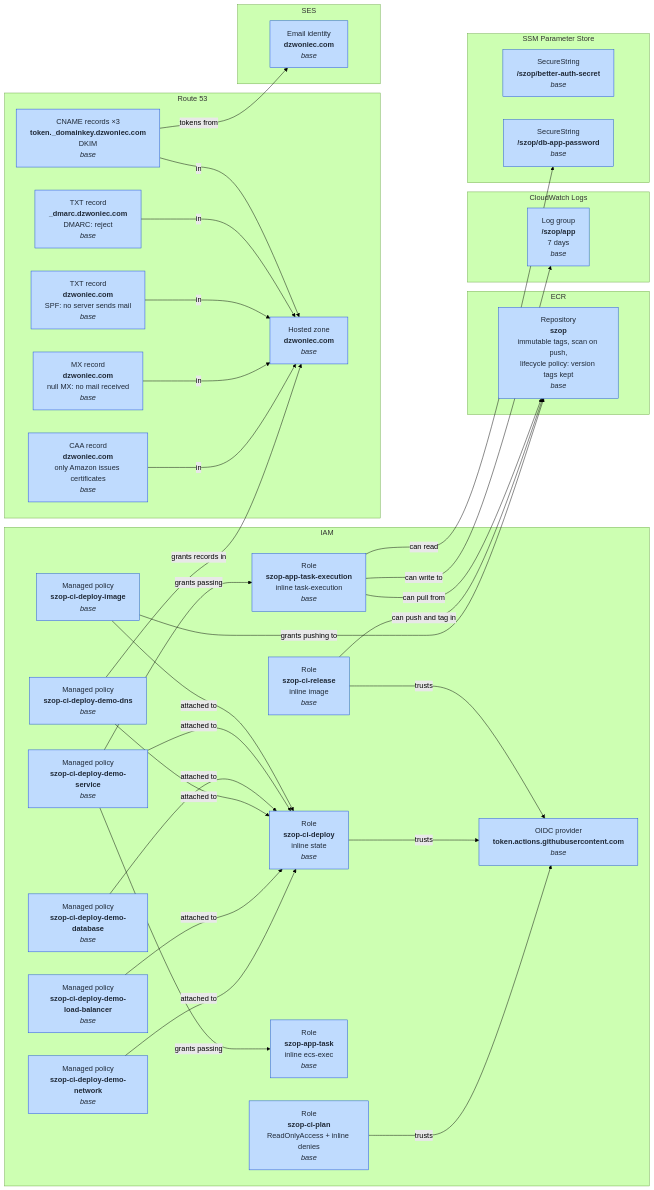
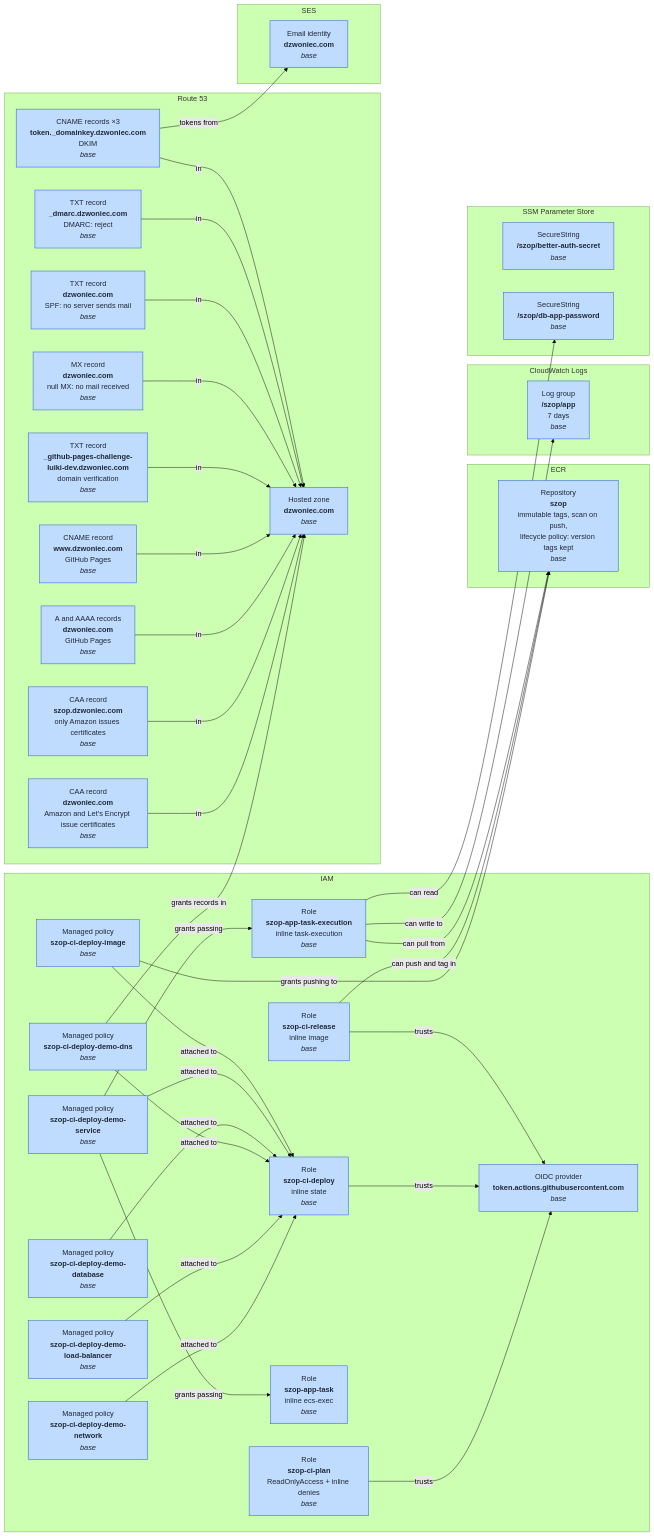
One commit to luiki-dev/szop changed the second of 4 diagrams in docs/architecture/aws-resources.md. Above: the diagram before and after it, drawn with Mermaid (forest theme). The commit also changed other lines of this file and 4 other files, not shown here.

First line of the commit message:
feat(infra): add GitHub Pages records and CAA for dzwoniec.com

````diff
--- a/docs/architecture/aws-resources.md
+++ b/docs/architecture/aws-resources.md
@@ -69,71 +69,79 @@
 ```mermaid
 flowchart LR
     subgraph iam["IAM"]
         oidc["OIDC provider<br/><b>token.actions.githubusercontent.com</b><br/><i>base</i>"]
         ciPlan["Role<br/><b>szop-ci-plan</b><br/>ReadOnlyAccess + inline denies<br/><i>base</i>"]
         ciDeploy["Role<br/><b>szop-ci-deploy</b><br/>inline state<br/><i>base</i>"]
         polNetwork["Managed policy<br/><b>szop-ci-deploy-demo-network</b><br/><i>base</i>"]
         polLb["Managed policy<br/><b>szop-ci-deploy-demo-load-balancer</b><br/><i>base</i>"]
         polDns["Managed policy<br/><b>szop-ci-deploy-demo-dns</b><br/><i>base</i>"]
         polDb["Managed policy<br/><b>szop-ci-deploy-demo-database</b><br/><i>base</i>"]
         polService["Managed policy<br/><b>szop-ci-deploy-demo-service</b><br/><i>base</i>"]
         polImage["Managed policy<br/><b>szop-ci-deploy-image</b><br/><i>base</i>"]
         ciRelease["Role<br/><b>szop-ci-release</b><br/>inline image<br/><i>base</i>"]
         execRole["Role<br/><b>szop-app-task-execution</b><br/>inline task-execution<br/><i>base</i>"]
         taskRole["Role<br/><b>szop-app-task</b><br/>inline ecs-exec<br/><i>base</i>"]
     end
 
     subgraph route53["Route 53"]
         zone["Hosted zone<br/><b>dzwoniec.com</b><br/><i>base</i>"]
-        caa["CAA record<br/><b>dzwoniec.com</b><br/>only Amazon issues certificates<br/><i>base</i>"]
+        caa["CAA record<br/><b>dzwoniec.com</b><br/>Amazon and Let's Encrypt issue certificates<br/><i>base</i>"]
+        caaApp["CAA record<br/><b>szop.dzwoniec.com</b><br/>only Amazon issues certificates<br/><i>base</i>"]
+        pagesA["A and AAAA records<br/><b>dzwoniec.com</b><br/>GitHub Pages<br/><i>base</i>"]
+        pagesWww["CNAME record<br/><b>www.dzwoniec.com</b><br/>GitHub Pages<br/><i>base</i>"]
+        pagesChallenge["TXT record<br/><b>_github-pages-challenge-luiki-dev.dzwoniec.com</b><br/>domain verification<br/><i>base</i>"]
         mx["MX record<br/><b>dzwoniec.com</b><br/>null MX: no mail received<br/><i>base</i>"]
         spf["TXT record<br/><b>dzwoniec.com</b><br/>SPF: no server sends mail<br/><i>base</i>"]
         dmarc["TXT record<br/><b>_dmarc.dzwoniec.com</b><br/>DMARC: reject<br/><i>base</i>"]
         dkim["CNAME records ×3<br/><b>token._domainkey.dzwoniec.com</b><br/>DKIM<br/><i>base</i>"]
     end
 
     subgraph ses["SES"]
         identity["Email identity<br/><b>dzwoniec.com</b><br/><i>base</i>"]
     end
 
     subgraph ecr["ECR"]
         repo["Repository<br/><b>szop</b><br/>immutable tags, scan on push,<br/>lifecycle policy: version tags kept<br/><i>base</i>"]
     end
 
     subgraph logs["CloudWatch Logs"]
         logGroup["Log group<br/><b>/szop/app</b><br/>7 days<br/><i>base</i>"]
     end
 
     subgraph ssm["SSM Parameter Store"]
         authSecret["SecureString<br/><b>/szop/better-auth-secret</b><br/><i>base</i>"]
         dbPass["SecureString<br/><b>/szop/db-app-password</b><br/><i>base</i>"]
     end
 
     ciPlan -->|trusts| oidc
     ciDeploy -->|trusts| oidc
     ciRelease -->|trusts| oidc
     polNetwork -->|attached to| ciDeploy
     polLb -->|attached to| ciDeploy
     polDns -->|attached to| ciDeploy
     polDb -->|attached to| ciDeploy
     polService -->|attached to| ciDeploy
     polImage -->|attached to| ciDeploy
     polDns -->|grants records in| zone
     polService -->|grants passing| execRole
     polService -->|grants passing| taskRole
     polImage -->|grants pushing to| repo
     ciRelease -->|can push and tag in| repo
     execRole -->|can pull from| repo
     execRole -->|can write to| logGroup
     execRole -->|can read| dbPass
     caa -->|in| zone
+    caaApp -->|in| zone
+    pagesA -->|in| zone
+    pagesWww -->|in| zone
+    pagesChallenge -->|in| zone
     mx -->|in| zone
     spf -->|in| zone
     dmarc -->|in| zone
     dkim -->|in| zone
     dkim -->|tokens from| identity
 
     classDef base fill:#bfdbfe,stroke:#1d4ed8,color:#1f2937
     class oidc,ciPlan,ciDeploy,ciRelease,polNetwork,polLb,polDns,polDb,polService,polImage,execRole,taskRole base
-    class zone,caa,mx,spf,dmarc,dkim,identity,repo,logGroup,authSecret,dbPass base
+    class zone,caa,caaApp,pagesA,pagesWww,pagesChallenge,mx,spf,dmarc,dkim,identity,repo,logGroup,authSecret,dbPass base
 ```
````
